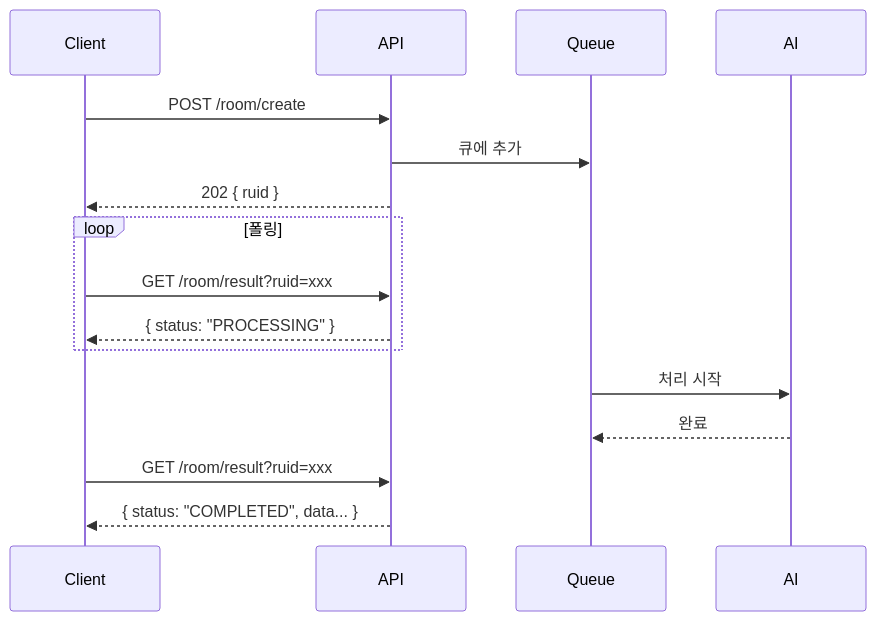
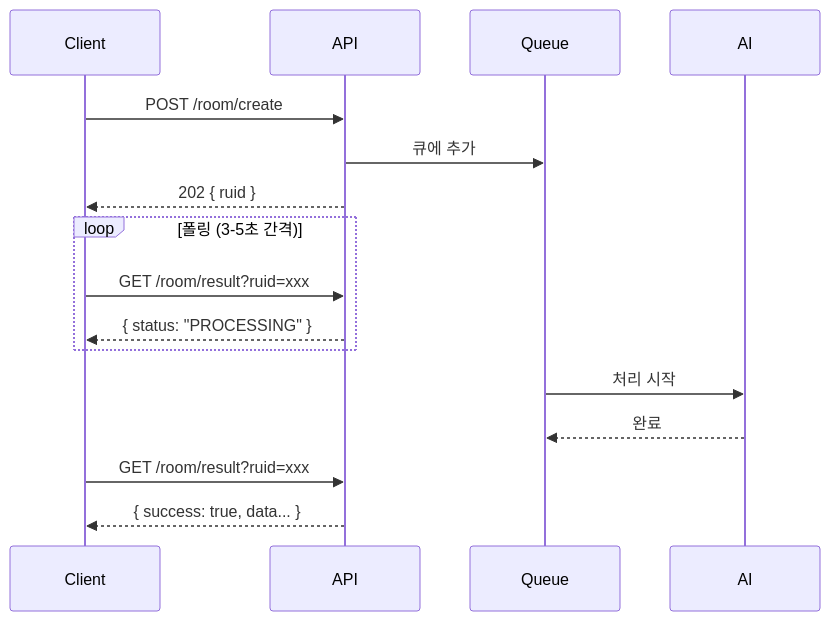
One commit to Febriez/eroom-docs changed the diagram in api-reference/rest-api-spec.md. Above: the diagram before and after it, drawn with Mermaid. The commit also changed other lines of this file and 25 other files, not shown here.

```diff
--- a/api-reference/rest-api-spec.md
+++ b/api-reference/rest-api-spec.md
@@ -259,23 +332,22 @@
 {% mermaid %}
 sequenceDiagram
 participant Client
 participant API
 participant Queue
 participant AI
 
     Client->>API: POST /room/create
     API->>Queue: 큐에 추가
     API-->>Client: 202 { ruid }
     
-    loop 폴링
+    loop 폴링 (3-5초 간격)
         Client->>API: GET /room/result?ruid=xxx
         API-->>Client: { status: "PROCESSING" }
     end
     
     Queue->>AI: 처리 시작
     AI-->>Queue: 완료
     
     Client->>API: GET /room/result?ruid=xxx
-    API-->>Client: { status: "COMPLETED", data... }
-
+    API-->>Client: { success: true, data... }
 {% endmermaid %}
```
